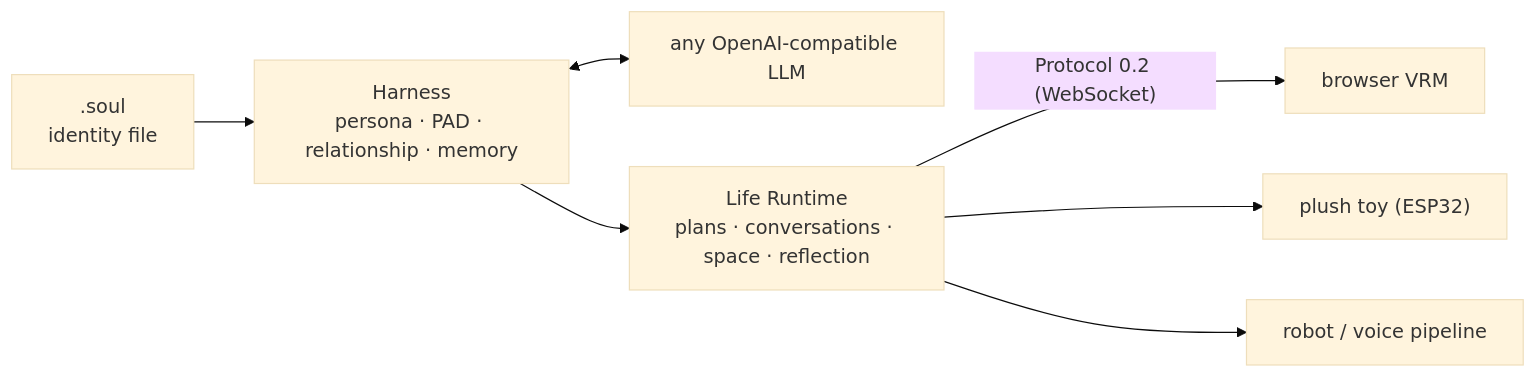
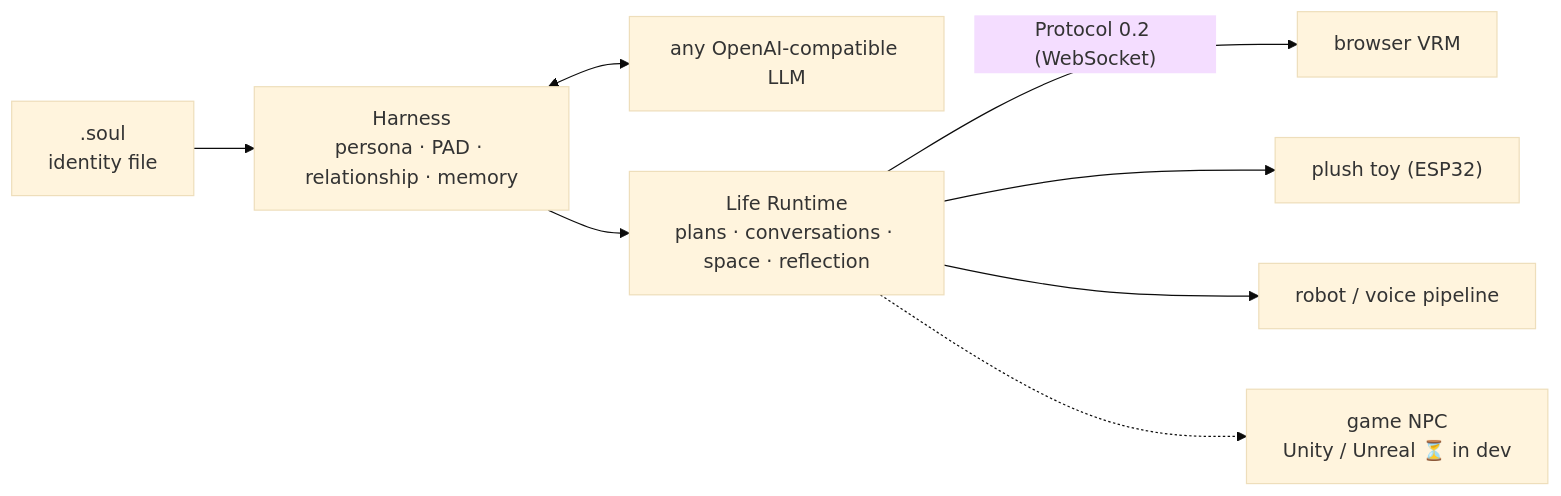
The diagram in README.md (LookJohnny/soulForge), drawn with Mermaid (base theme) before and after one commit.

Commit message:
docs(readme): architecture diagram gains the in-development game NPC body (Unity/Unreal, dashed = in dev)

````diff
--- a/README.md
+++ b/README.md
@@ -72,9 +72,10 @@
 ```mermaid
 flowchart LR
     SOUL[".soul<br/>identity file"] --> H["Harness<br/>persona · PAD · relationship · memory"]
     H <--> LLM["any OpenAI-compatible LLM"]
     H --> RT["Life Runtime<br/>plans · conversations · space · reflection"]
     RT -- "Protocol 0.2 (WebSocket)" --> B1["browser VRM"]
-    RT -- " " --> B2["plush toy (ESP32)"]
-    RT -- " " --> B3["robot / voice pipeline"]
+    RT --> B2["plush toy (ESP32)"]
+    RT --> B3["robot / voice pipeline"]
+    RT -.-> B4["game NPC<br/>Unity / Unreal ⏳ in dev"]
 ```
````
